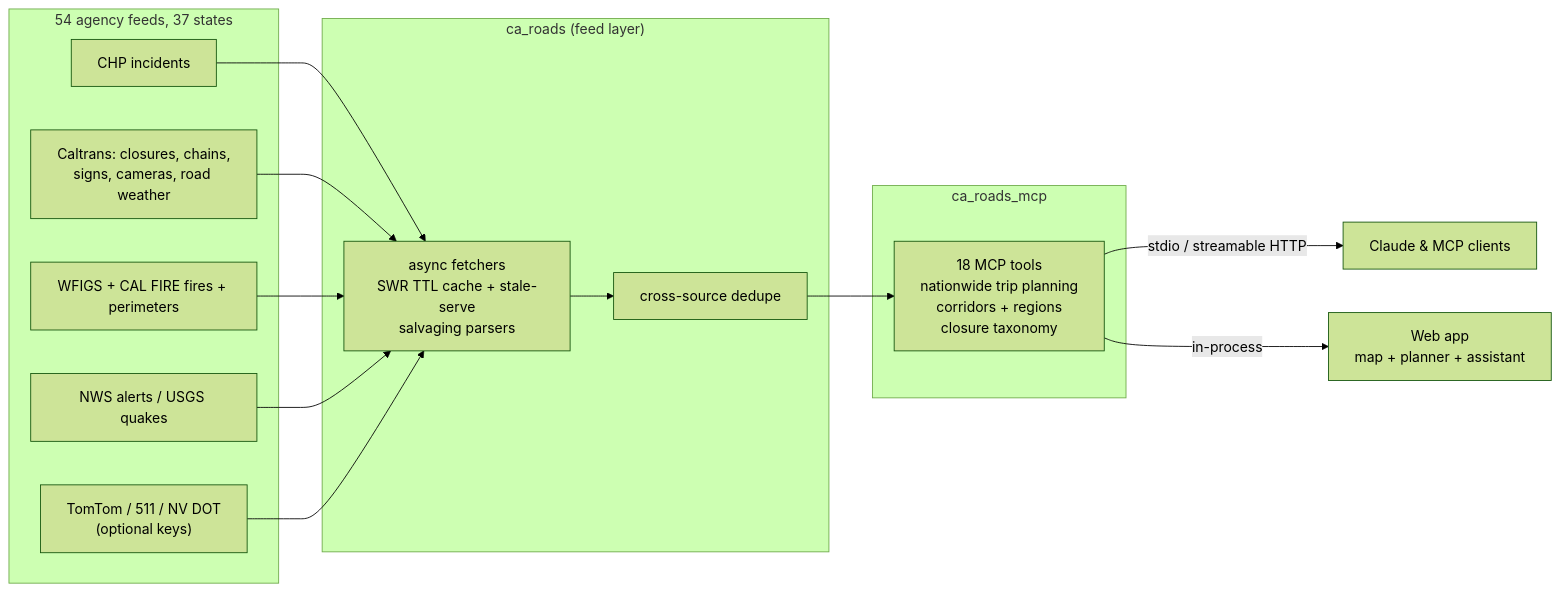
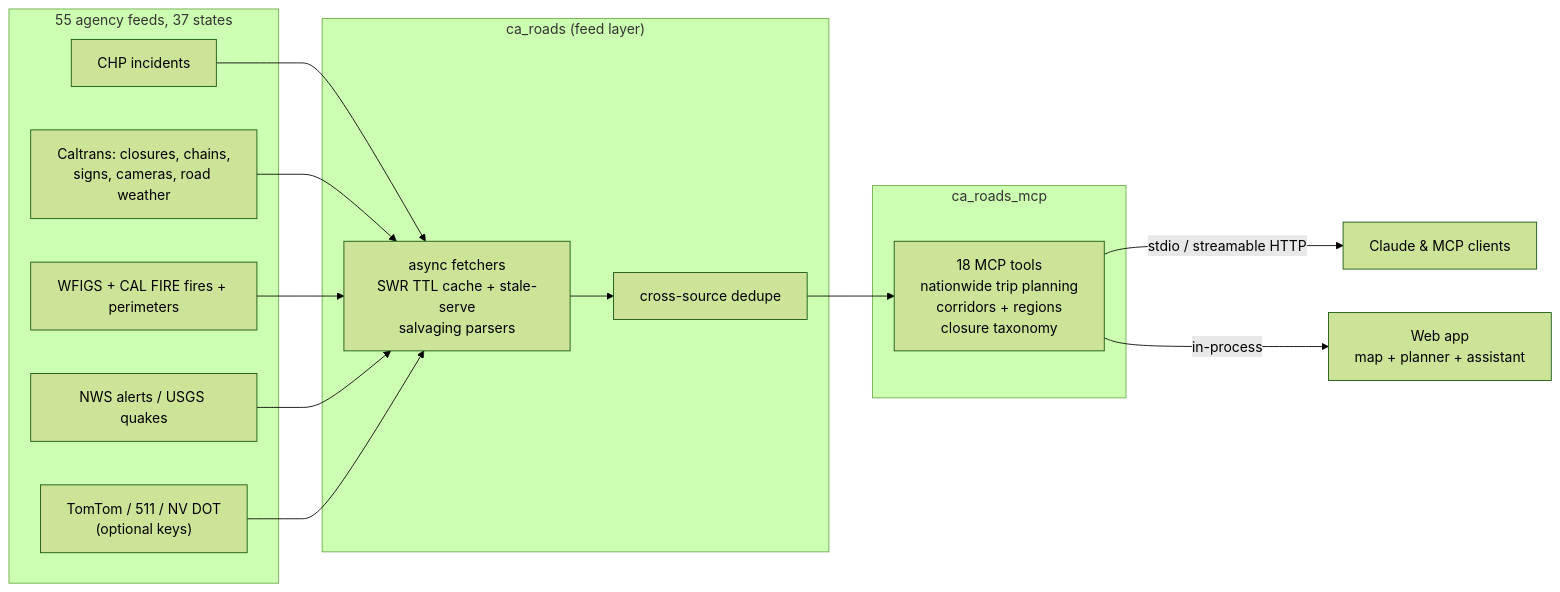
One commit to nicglazkov/commutescout changed the diagram in docs/architecture.md. Above: the diagram before and after it, drawn with Mermaid (forest theme). The commit also changed 13 other files, not shown here.

````diff
--- a/docs/architecture.md
+++ b/docs/architecture.md
@@ -3,20 +3,20 @@
 ```mermaid
 flowchart LR
-    subgraph feeds["54 agency feeds, 37 states"]
+    subgraph feeds["55 agency feeds, 37 states"]
         CHP["CHP incidents"]
         CT["Caltrans: closures, chains,<br/>signs, cameras, road weather"]
         WF["WFIGS + CAL FIRE fires + perimeters"]
         WX["NWS alerts / USGS quakes"]
         OPT["TomTom / 511 / NV DOT<br/>(optional keys)"]
     end
     subgraph pkg["ca_roads (feed layer)"]
         F["async fetchers<br/>SWR TTL cache + stale-serve<br/>salvaging parsers"]
         D["cross-source dedupe"]
     end
     subgraph srv["ca_roads_mcp"]
         T["18 MCP tools<br/>nationwide trip planning<br/>corridors + regions<br/>closure taxonomy"]
     end
     CHP & CT & WF & WX & OPT --> F --> D --> T
     T -->|"stdio / streamable HTTP"| MCP["Claude & MCP clients"]
     T -->|"in-process"| DEMO["Web app<br/>map + planner + assistant"]
 ```
````
